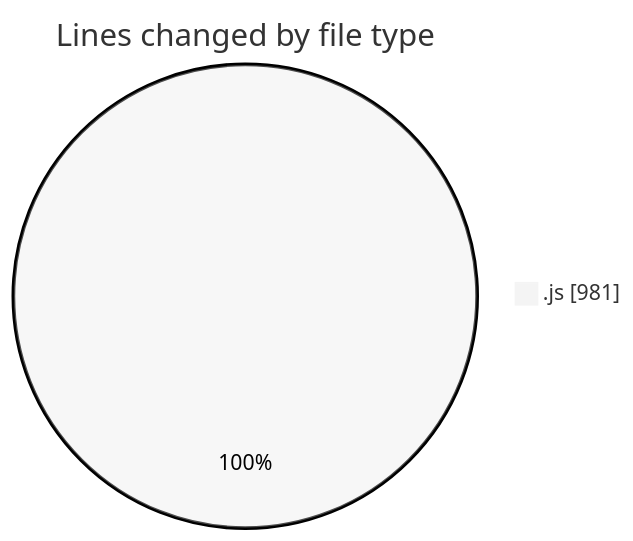
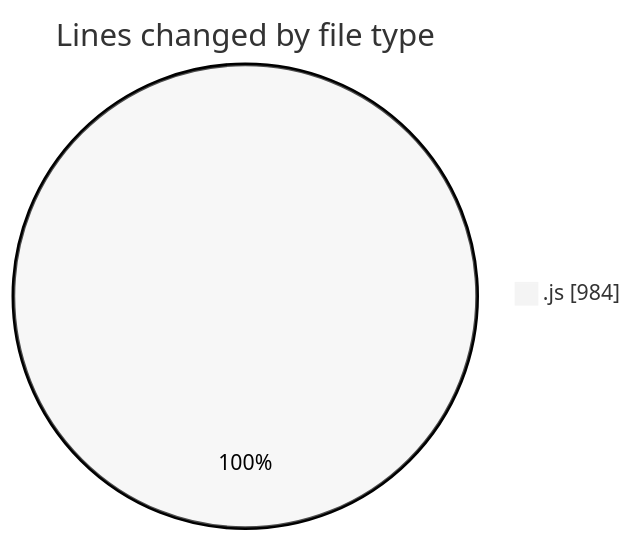
One commit to vahidmafi/code-tracking changed the first of 2 diagrams in 2025-06-20/horizon/README.md. Above: the diagram before and after it, drawn with Mermaid (neutral theme). The commit also changed other lines of this file and 1 other file, not shown here.

````diff
--- a/2025-06-20/horizon/README.md
+++ b/2025-06-20/horizon/README.md
@@ -21,5 +21,5 @@
 ```mermaid
 pie showData
 title Lines changed by file type
-".js" : 981
+".js" : 984
 ```
````
